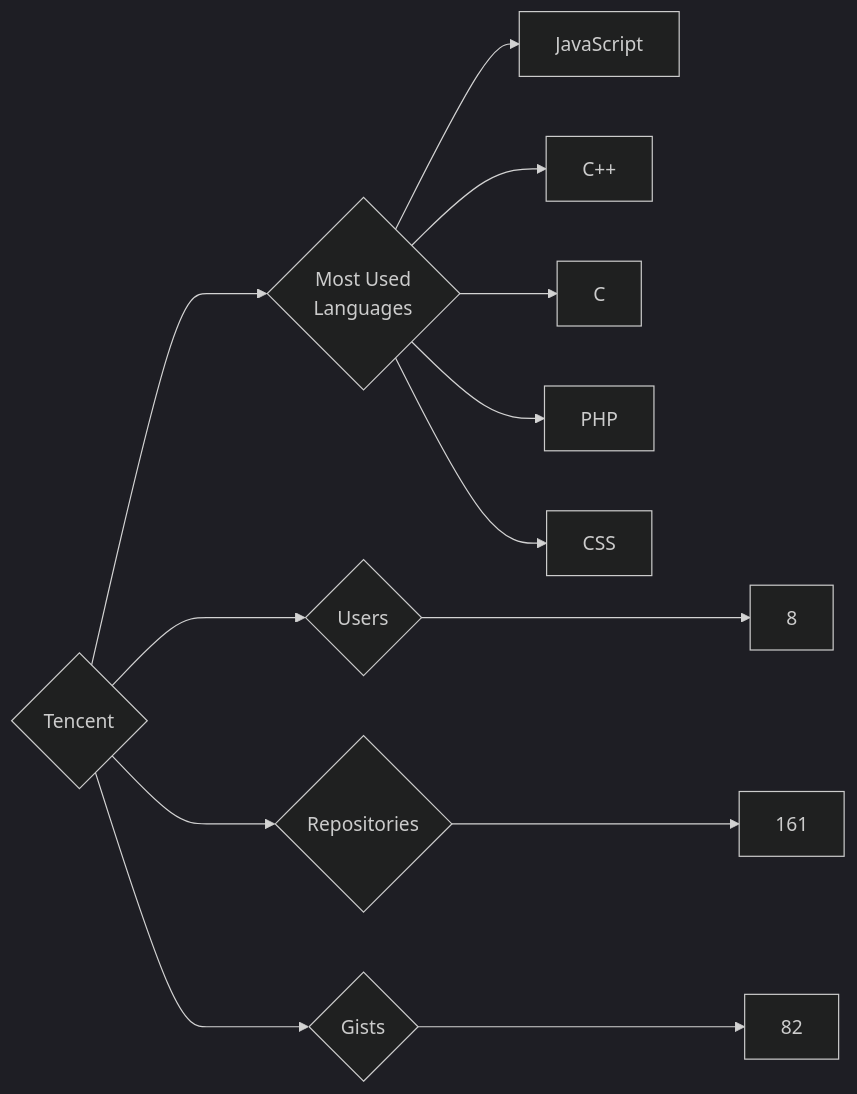
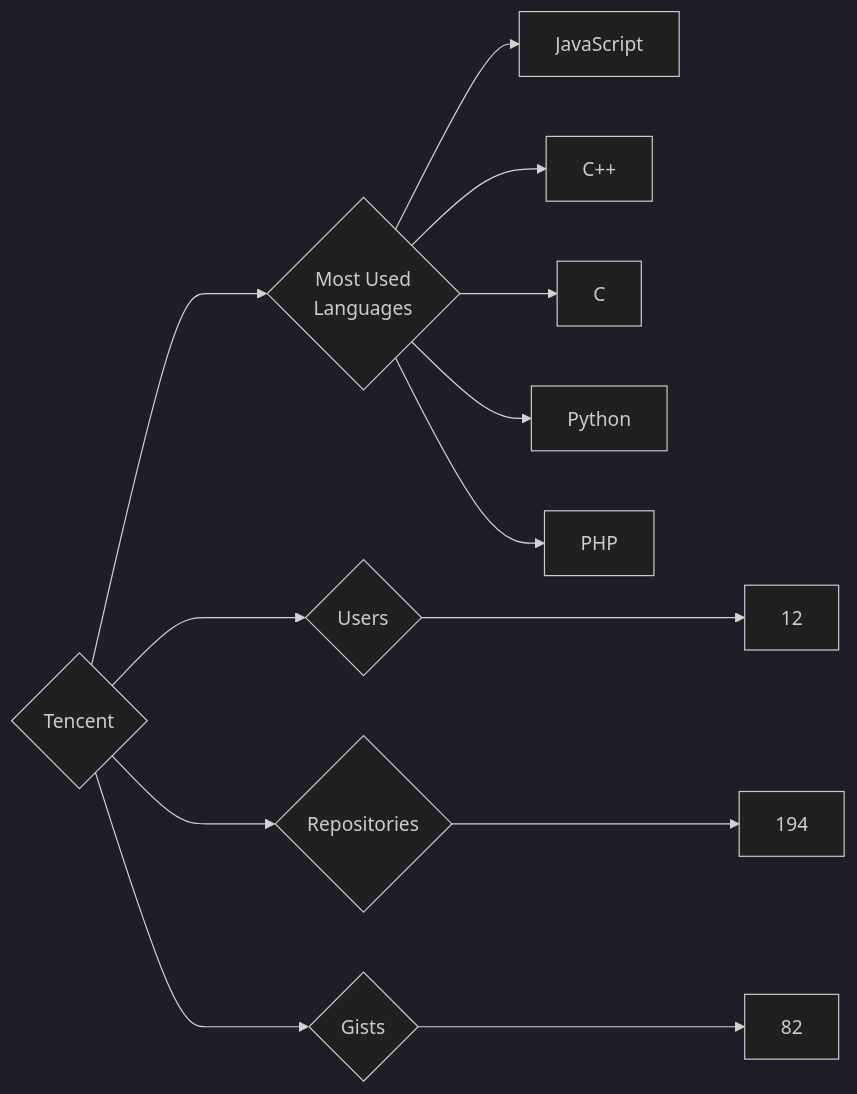
The diagram in targets/Tencent/README.md (trickest/insiders), drawn with Mermaid (dark theme) before and after one commit. The commit also changed 895 other files, not shown here.

````diff
--- a/targets/Tencent/README.md
+++ b/targets/Tencent/README.md
@@ -3,13 +3,13 @@
 ```mermaid
 graph LR
 COMPANY_NAME{Tencent}
-COMPANY_NAME ---> U{Users} ---> UN[8]
-COMPANY_NAME ---> R{Repositories} ---> RN[161]
+COMPANY_NAME ---> U{Users} ---> UN[12]
+COMPANY_NAME ---> R{Repositories} ---> RN[194]
 COMPANY_NAME ---> G{Gists} ---> GN[82]
 COMPANY_NAME ---> ML{Most Used<br>Languages}
 ML --> JavaScript[JavaScript]
 ML --> C++[C++]
 ML --> C[C]
+ML --> Python[Python]
 ML --> PHP[PHP]
-ML --> CSS[CSS]
 ```
````
